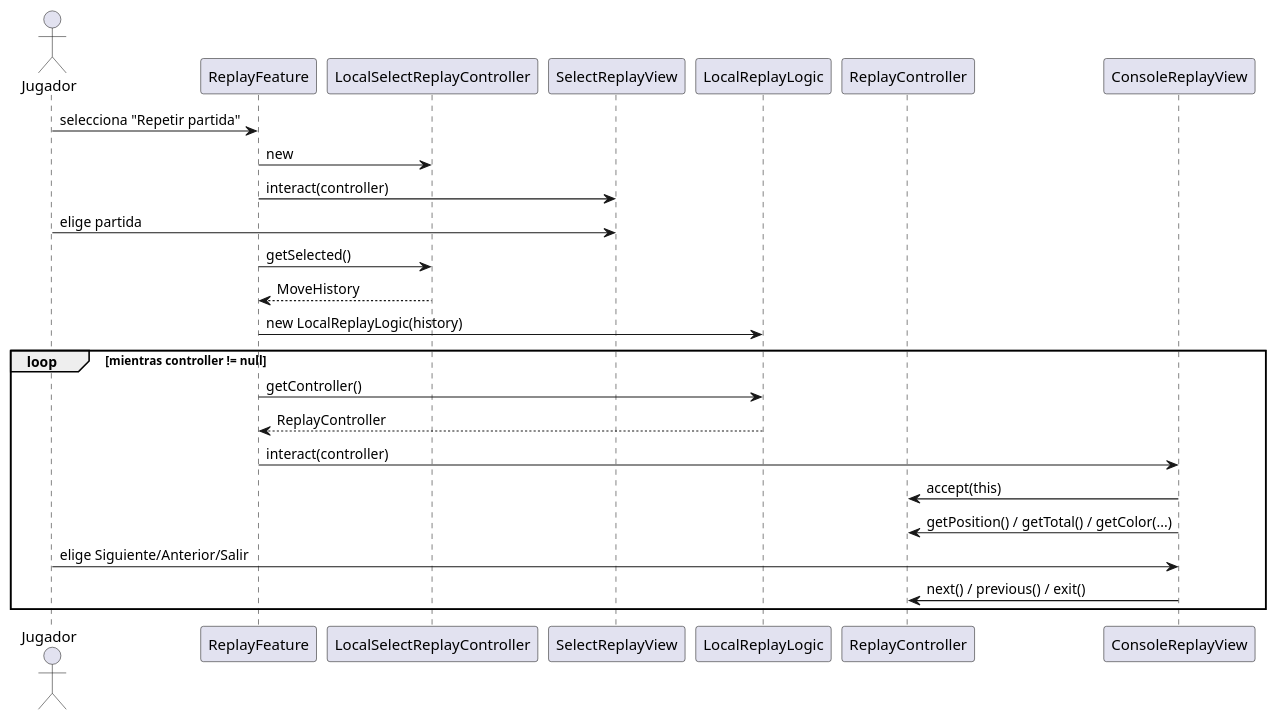
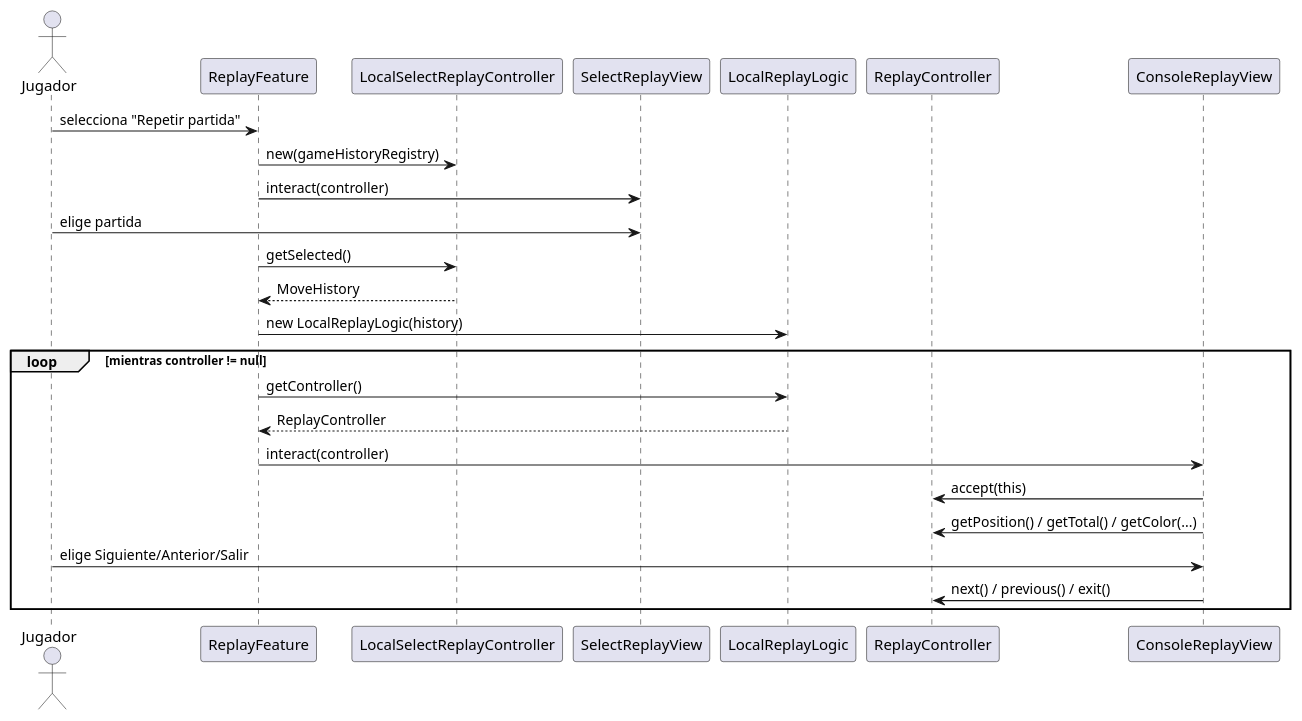
The diagram in docs/4+1views/escenarios/secuencia-repeticion.puml (pcarroza/tictactoe-java), drawn with PlantUML before and after one commit. The commit also changed 16 other files, not shown here.

```diff
--- a/docs/4+1views/escenarios/secuencia-repeticion.puml
+++ b/docs/4+1views/escenarios/secuencia-repeticion.puml
@@ -1,27 +1,27 @@
 @startuml secuencia-repeticion
 actor Jugador
 participant ReplayFeature
 participant LocalSelectReplayController
 participant SelectReplayView
 participant LocalReplayLogic
 participant ReplayController
 participant ConsoleReplayView
 
 Jugador -> ReplayFeature : selecciona "Repetir partida"
-ReplayFeature -> LocalSelectReplayController : new
+ReplayFeature -> LocalSelectReplayController : new(gameHistoryRegistry)
 ReplayFeature -> SelectReplayView : interact(controller)
 Jugador -> SelectReplayView : elige partida
 ReplayFeature -> LocalSelectReplayController : getSelected()
 LocalSelectReplayController --> ReplayFeature : MoveHistory
 
 ReplayFeature -> LocalReplayLogic : new LocalReplayLogic(history)
 loop mientras controller != null
   ReplayFeature -> LocalReplayLogic : getController()
   LocalReplayLogic --> ReplayFeature : ReplayController
   ReplayFeature -> ConsoleReplayView : interact(controller)
   ConsoleReplayView -> ReplayController : accept(this)
   ConsoleReplayView -> ReplayController : getPosition() / getTotal() / getColor(...)
   Jugador -> ConsoleReplayView : elige Siguiente/Anterior/Salir
   ConsoleReplayView -> ReplayController : next() / previous() / exit()
 end
 @enduml
```
